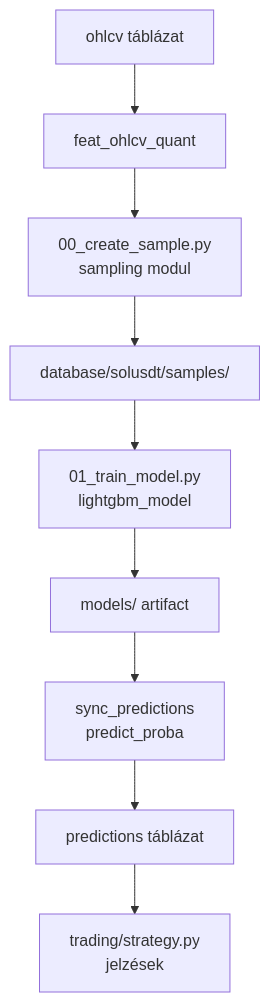
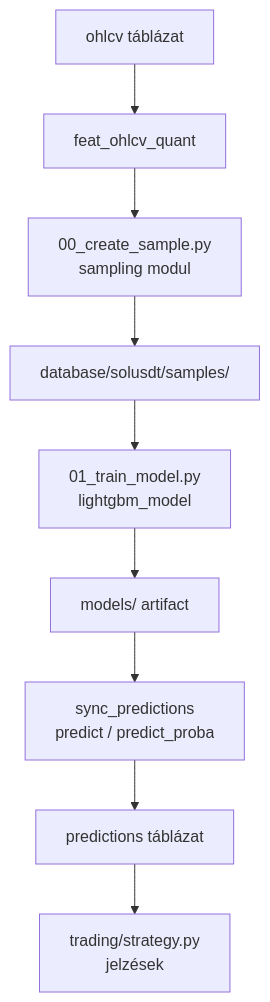
One commit to Nemesis14/chronoquant changed the diagram in _doc_/5000_modelling.md. Above: the diagram before and after it, drawn with Mermaid. The commit also changed other lines of this file and 973 other files, not shown here.

````diff
--- a/_doc_/5000_modelling.md
+++ b/_doc_/5000_modelling.md
@@ -14,11 +14,11 @@
 ```mermaid
 flowchart TD
   A[ohlcv táblázat] --> B[feat_ohlcv_quant]
   B --> C[00_create_sample.py\nsampling modul]
   C --> D[database/solusdt/samples/]
   D --> E[01_train_model.py\nlightgbm_model]
   E --> F[models/ artifact]
-  F --> G[sync_predictions\npredict_proba]
+  F --> G[sync_predictions\npredict / predict_proba]
   G --> H[predictions táblázat]
   H --> I[trading/strategy.py\njelzések]
 ```
````
